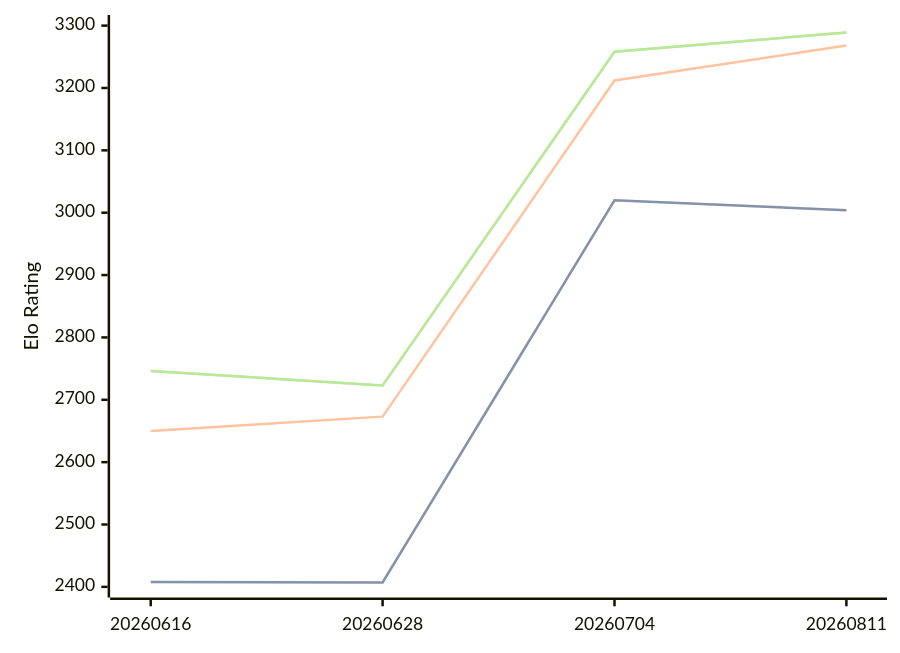
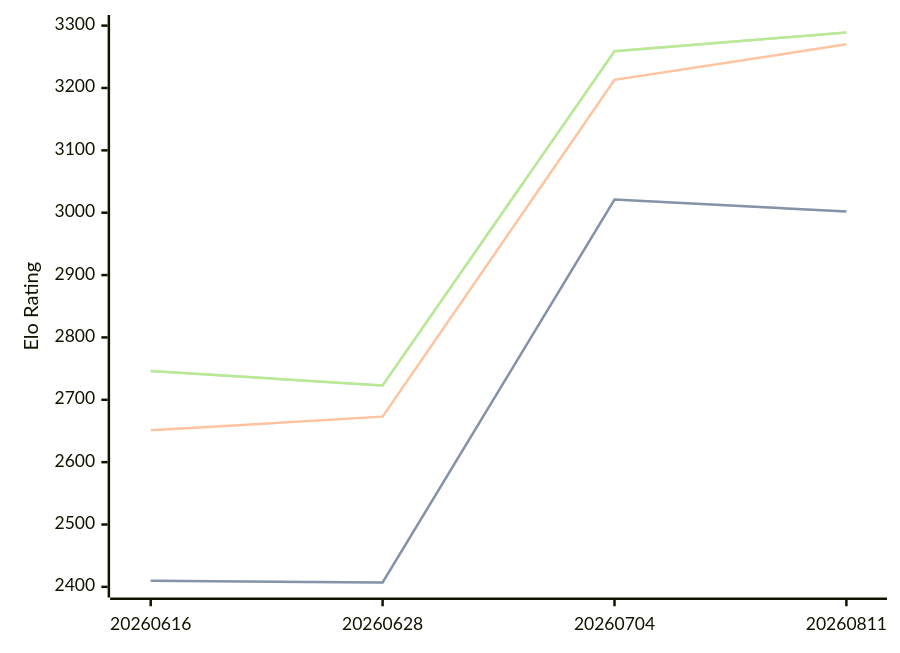
Before and after one commit to computer-chess-index/cci: the diagram in engines/Askaig.md, drawn with Mermaid. The commit also changed other lines of this file, not shown here.

Commit message:
Update CCI Ratings (ELO VLTC) - 2026-09-14

````diff
--- a/engines/Askaig.md
+++ b/engines/Askaig.md
@@ -36,11 +36,11 @@
 ```mermaid
 %%{init: {"theme":"base","themeVariables":{"seriesColors:['#a3a3a3','#222221','#faa371']}}}%%
 xychart-beta
   x-axis ["20260616", "20260628", "20260704", "20260811"]
   y-axis "Elo Rating" 2400 --> 3300
-  line "" [2408, 2407, 3020, 3004]
-  line "STC (8.0+0.08s)" [2408, 2407, 3020, 3004]
-  line "LTC (60.0+0.60s)" [2650, 2673, 3212, 3268]
-  line "" [2746, 2723, 3258, 3289]
-  line "VLTC (2m24s+1.12s)" [2746, 2723, 3258, 3289]
+  line "" [2410, 2407, 3021, 3002]
+  line "STC (8.0+0.08s)" [2410, 2407, 3021, 3002]
+  line "LTC (60.0+0.60s)" [2651, 2673, 3213, 3270]
+  line "" [2746, 2723, 3259, 3289]
+  line "VLTC (2m24s+1.12s)" [2746, 2723, 3259, 3289]
 ```
````
